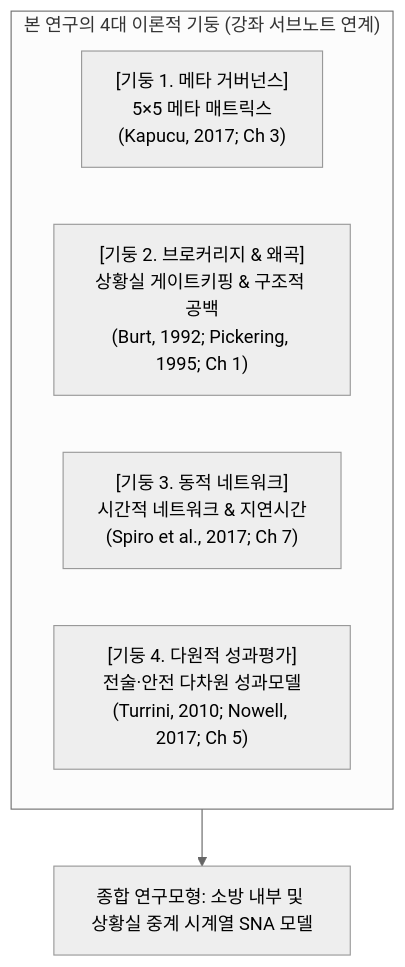
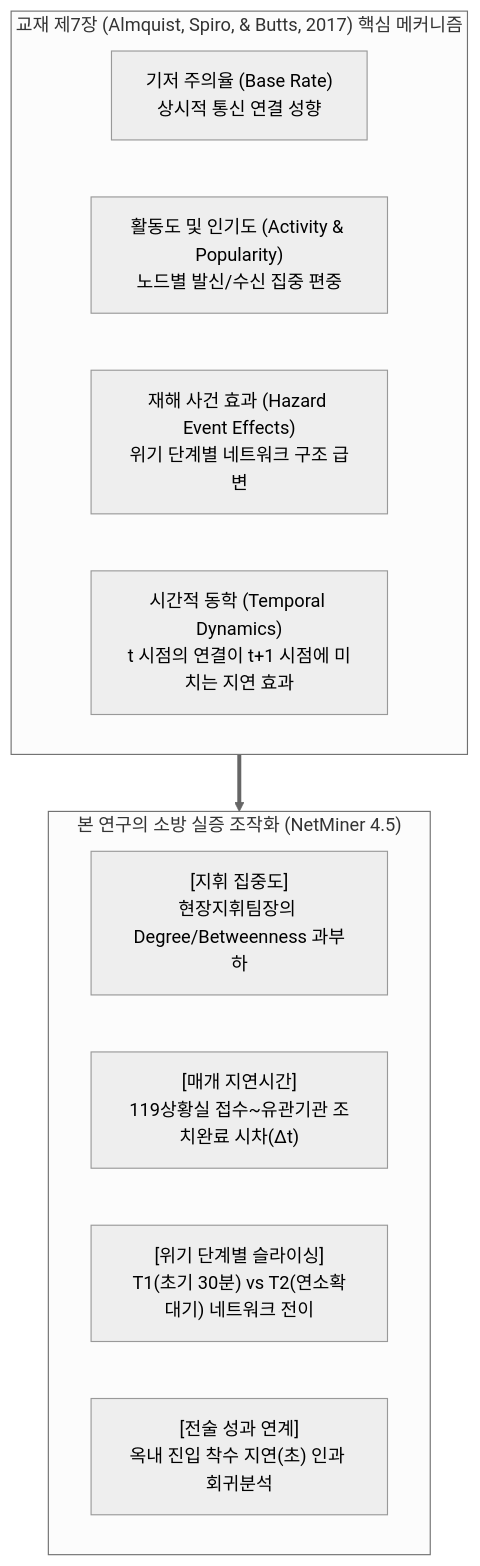
One commit to skang88/SNA changed the second of 4 diagrams in 소방_SNA_수업_연구계획서.md. Above: the diagram before and after it, drawn with Mermaid (neutral theme). The commit also changed other lines of this file and 2 other files, not shown here.

Commit message:
docs: 교재 제7장(Almquist et al., 2017) 벤치마킹 기반 소방 관제로그 시계열 SNA 연구계획서 개작 및 HTML 렌더링 오류 수정

````diff
--- a/소방_SNA_수업_연구계획서.md
+++ b/소방_SNA_수업_연구계획서.md
@@ -66,11 +65,18 @@
 ```mermaid
 flowchart TD
-    subgraph Theories["본 연구의 4대 이론적 기둥 (강좌 서브노트 연계)"]
-        T1["[기둥 1. 메타 거버넌스]<br/>5×5 메타 매트릭스<br/>(Kapucu, 2017; Ch 3)"]
-        T2["[기둥 2. 브로커리지 & 왜곡]<br/>상황실 게이트키핑 & 구조적 공백<br/>(Burt, 1992; Pickering, 1995; Ch 1)"]
-        T3["[기둥 3. 동적 네트워크]<br/>시간적 네트워크 & 지연시간<br/>(Spiro et al., 2017; Ch 7)"]
-        T4["[기둥 4. 다원적 성과평가]<br/>전술·안전 다차원 성과모델<br/>(Turrini, 2010; Nowell, 2017; Ch 5)"]
+    subgraph Benchmark["교재 제7장 (Almquist, Spiro, & Butts, 2017) 핵심 메커니즘"]
+        M1["기저 주의율 (Base Rate)<br/>상시적 통신 연결 성향"]
+        M2["활동도 및 인기도 (Activity & Popularity)<br/>노드별 발신/수신 집중 편중"]
+        M3["재해 사건 효과 (Hazard Event Effects)<br/>위기 단계별 네트워크 구조 급변"]
+        M4["시간적 동학 (Temporal Dynamics)<br/>t 시점의 연결이 t+1 시점에 미치는 지연 효과"]
     end
 
-    Theories --> Model["종합 연구모형: 소방 내부 및 상황실 중계 시계열 SNA 모델"]
+    Benchmark ==> Application["한국 소방 긴급구조 관제 시스템 적용 매핑"]
+
+    subgraph Application["본 연구의 소방 실증 조작화 (NetMiner 4.5)"]
+        S1["[지휘 집중도]<br/>현장지휘팀장의 Degree/Betweenness 과부하"]
+        S2["[매개 지연시간]<br/>119상황실 접수~유관기관 조치완료 시차(Δt)"]
+        S3["[위기 단계별 슬라이싱]<br/>T1(초기 30분) vs T2(연소확대기) 네트워크 전이"]
+        S4["[전술 성과 연계]<br/>옥내 진입 착수 지연(초) 인과 회귀분석"]
+    end
 ```
````
